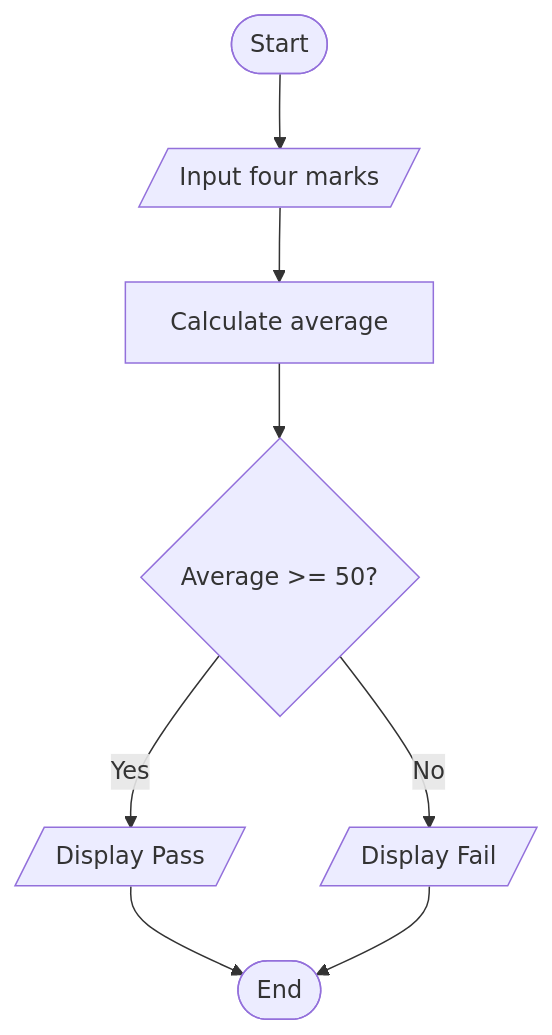
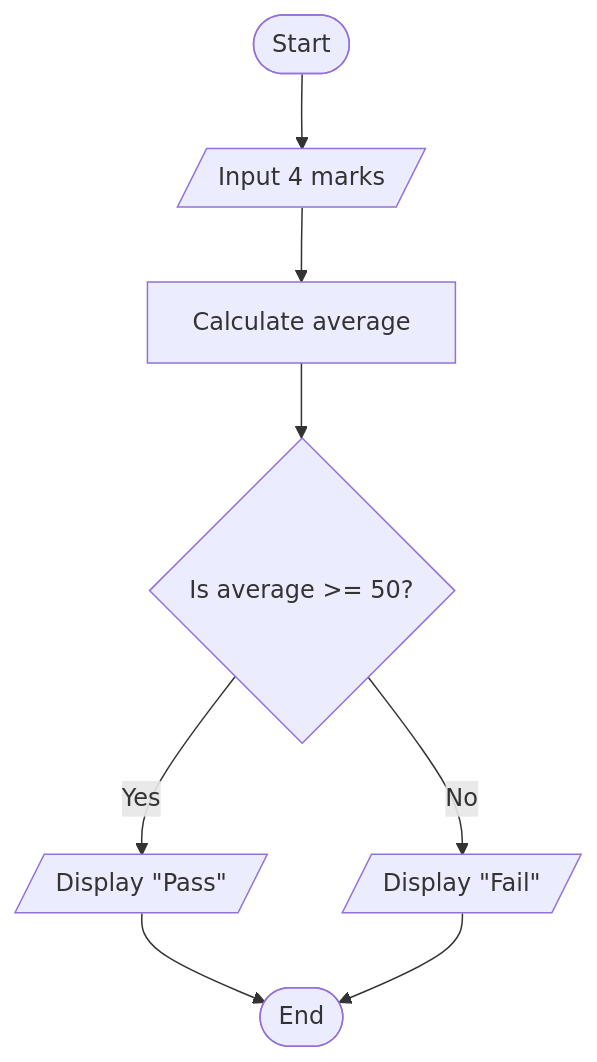
Before and after one commit to Meenakshi5055/mastering_c: the diagram in 05-logic-building.md, drawn with Mermaid. The commit also changed other lines of this file, not shown here.

Commit message:
Improve logic-building topic with attractive layout, badges, beginner-friendly explanations, and clearer flowchart/operator guidance

````diff
--- a/05-logic-building.md
+++ b/05-logic-building.md
@@ -55,10 +124,10 @@
 ```mermaid
 flowchart TD
-    A([Start]) --> B[/Input four marks/]
+    A([Start]) --> B[/Input 4 marks/]
     B --> C[Calculate average]
-    C --> D{Average >= 50?}
-    D -- Yes --> E[/Display Pass/]
-    D -- No --> F[/Display Fail/]
+    C --> D{Is average >= 50?}
+    D -- Yes --> E[/Display "Pass"/]
+    D -- No --> F[/Display "Fail"/]
     E --> G([End])
     F --> G
 ```
````
